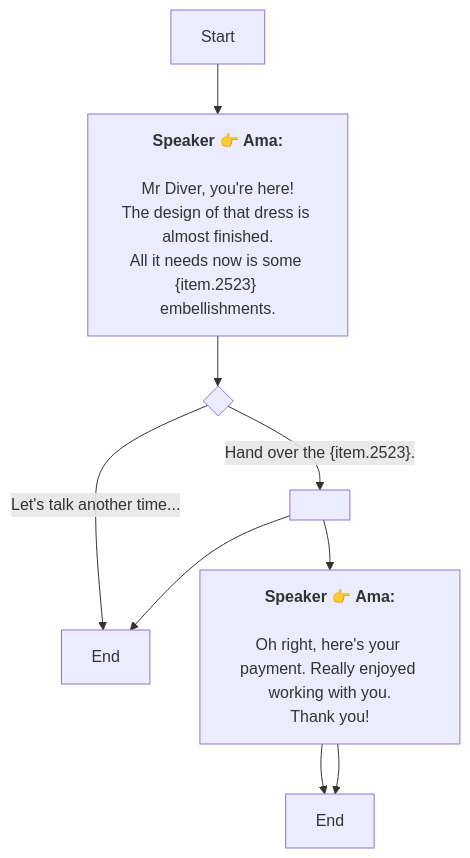
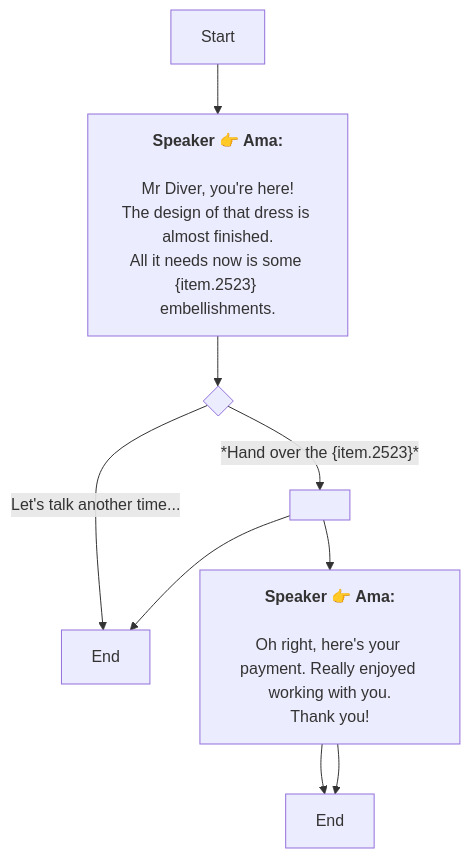
One commit to SoftHu/tos_avg changed the diagram in En/QuestTalkObjectiveNode_1738796794798223.md. Above: the diagram before and after it, drawn with Mermaid. The commit also changed 312 other files, not shown here.

````diff
--- a/En/QuestTalkObjectiveNode_1738796794798223.md
+++ b/En/QuestTalkObjectiveNode_1738796794798223.md
@@ -1,19 +1,19 @@
 ```mermaid
 graph
 Start -->1738796989252754[<b>Speaker 👉 Ama:</b>
 
 Mr Diver, you're here!
 The design of that dress is almost finished.
 All it needs now is some &lbrace;item.2523&rbrace; embellishments.]
 1738796989252754 -->1738900939199810{ }
-1738900939199810 -->|Hand over the &lbrace;item.2523&rbrace;.|1738797758516371[ ]
+1738900939199810 -->|*Hand over the &lbrace;item.2523&rbrace;*|1738797758516371[ ]
 1738900939199810 -->|Let's talk another time...|1738900967130439[End]
 1738797758516371 -->1738797844938900[<b>Speaker 👉 Ama:</b>
 
 Oh right, here's your payment. Really enjoyed working with you.
 Thank you!]
 1738797758516371 -->1738900967130439[End]
 1738797844938900 -->1738798292412567[End]
 1738797844938900 -->1738798292412567[End]
 
  ```
````
